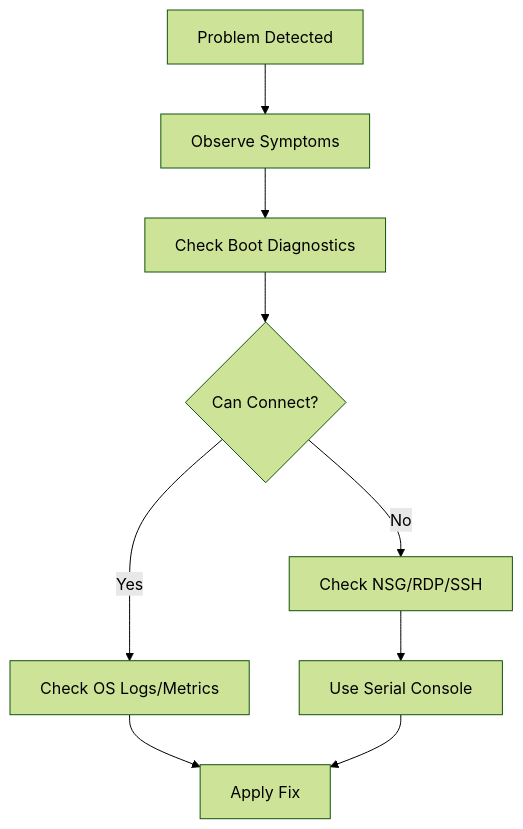
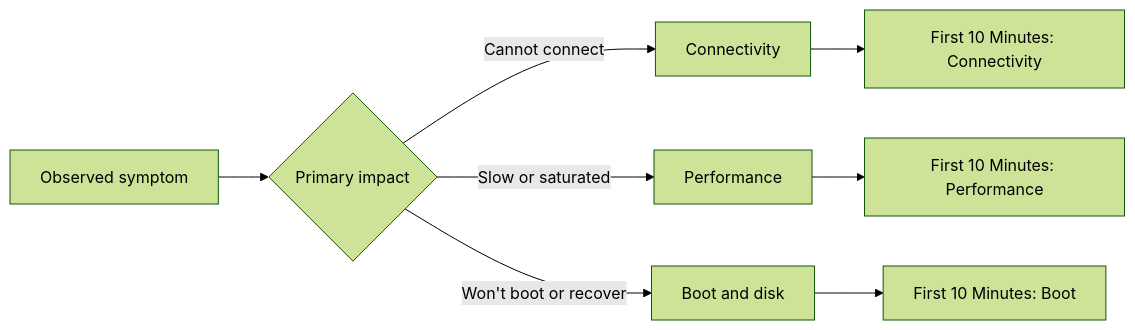
Before and after one commit to yeongseon/azure-virtual-machine-practical-guide: the second of 2 diagrams in docs/troubleshooting/index.md, drawn with Mermaid (forest theme). The commit also changed other lines of this file and 67 other files, not shown here.

````diff
--- a/docs/troubleshooting/index.md
+++ b/docs/troubleshooting/index.md
@@ -21,11 +47,10 @@
 ```mermaid
-graph TD
-    Start[Problem Detected] --> Obs[Observe Symptoms]
-    Obs --> CheckBoot[Check Boot Diagnostics]
-    CheckBoot --> Connect{Can Connect?}
-    Connect -->|No| RDP[Check NSG/RDP/SSH]
-    Connect -->|Yes| Inside[Check OS Logs/Metrics]
-    RDP --> Serial[Use Serial Console]
-    Inside --> Solve[Apply Fix]
-    Serial --> Solve
+graph LR
+    A[Observed symptom] --> B{Primary impact}
+    B -->|Cannot connect| C[Connectivity]
+    B -->|Slow or saturated| D[Performance]
+    B -->|Won't boot or recover| E[Boot and disk]
+    C --> C1[First 10 Minutes: Connectivity]
+    D --> D1[First 10 Minutes: Performance]
+    E --> E1[First 10 Minutes: Boot]
 ```
````
